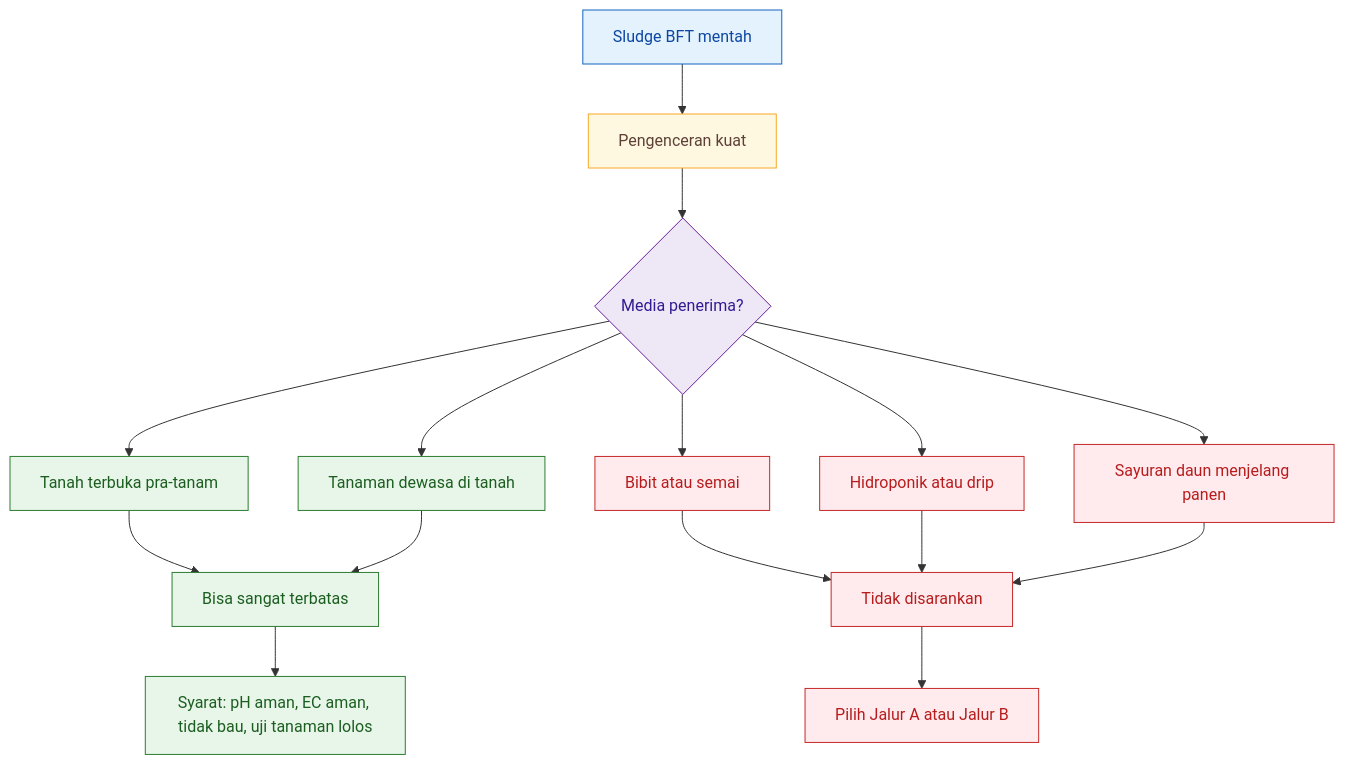
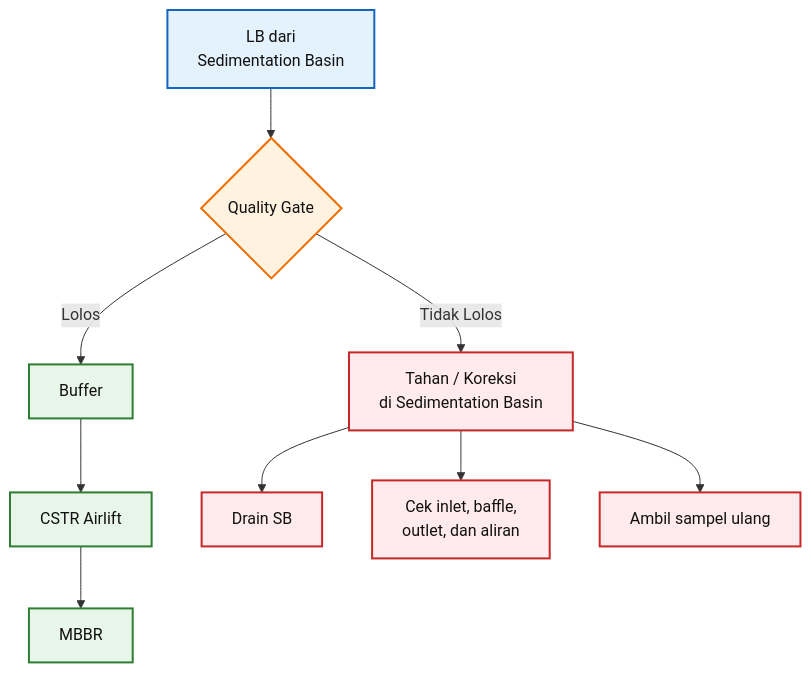
The sixth of 28 diagrams in content/blog/agri/perikanan/sludge-bioflok-biofertilizer.mdx (slametsampon/kawruhnology), drawn with Mermaid before and after one commit. The commit also changed other lines of this file and 9 other files, not shown here.

````diff
--- a/content/blog/agri/perikanan/sludge-bioflok-biofertilizer.mdx
+++ b/content/blog/agri/perikanan/sludge-bioflok-biofertilizer.mdx
@@ -876,32 +2749,23 @@
-```mermaid id="aplikasi-langsung-sludge-bft"
+```mermaid
 flowchart TD
-    A[Sludge BFT mentah] --> B[Pengenceran kuat]
-    B --> C{Media penerima?}
+    A["LB dari<br/>Sedimentation Basin"] --> B{"Quality Gate"}
 
-    C --> D[Tanah terbuka pra-tanam]
-    C --> E[Tanaman dewasa di tanah]
-    C --> F[Bibit atau semai]
-    C --> G[Hidroponik atau drip]
-    C --> H[Sayuran daun menjelang panen]
+    B -->|"Lolos"| C["Buffer"]
+    C --> D["CSTR Airlift"]
+    D --> E["MBBR"]
 
-    D --> I[Bisa sangat terbatas]
-    E --> I
-    F --> J[Tidak disarankan]
-    G --> J
-    H --> J
+    B -->|"Tidak Lolos"| F["Tahan / Koreksi<br/>di Sedimentation Basin"]
+    F --> G["Drain SB"]
+    F --> H["Cek inlet, baffle,<br/>outlet, dan aliran"]
+    F --> I["Ambil sampel ulang"]
 
-    I --> K[Syarat: pH aman, EC aman, tidak bau, uji tanaman lolos]
-    J --> L[Pilih Jalur A atau Jalur B]
+    classDef source fill:#E3F2FD,stroke:#1565C0,color:#111,stroke-width:2px;
+    classDef gate fill:#FFF3E0,stroke:#EF6C00,color:#111,stroke-width:2px;
+    classDef process fill:#E8F5E9,stroke:#2E7D32,color:#111,stroke-width:2px;
+    classDef action fill:#FFEBEE,stroke:#C62828,color:#111,stroke-width:2px;
 
-    classDef input fill:#E3F2FD,stroke:#1565C0,color:#0D47A1;
-    classDef process fill:#FFF8E1,stroke:#F9A825,color:#5D4037;
-    classDef ok fill:#E8F5E9,stroke:#2E7D32,color:#1B5E20;
-    classDef risk fill:#FFEBEE,stroke:#C62828,color:#B71C1C;
-    classDef decision fill:#EDE7F6,stroke:#6A1B9A,color:#311B92;
-
-    class A input;
-    class B process;
-    class C decision;
-    class D,E,I,K ok;
-    class F,G,H,J,L risk;
+    class A source;
+    class B gate;
+    class C,D,E process;
+    class F,G,H,I action;
 ```
````
